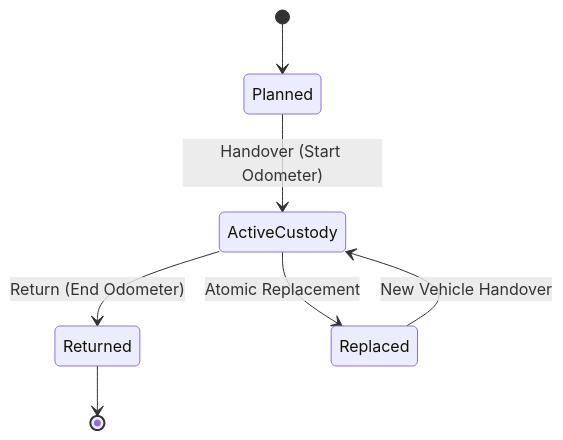
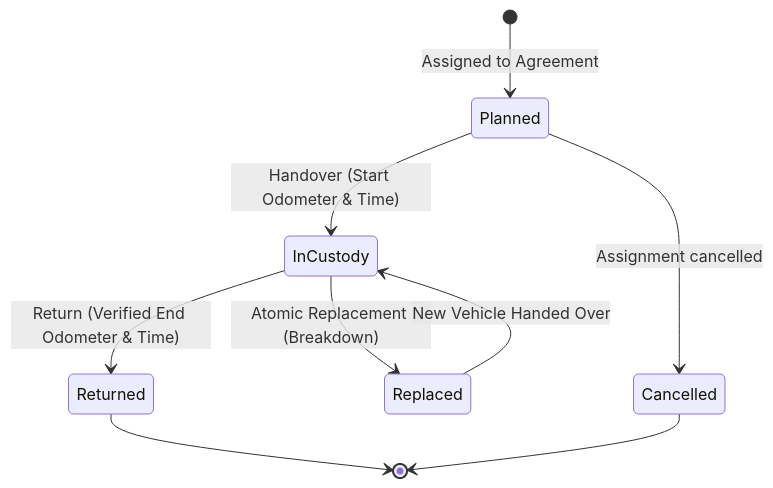
One commit to kasunvimarshana/AutoERP changed the fifth of 8 diagrams in docs/VEHICLE_RENTAL_GUIDE.md. Above: the diagram before and after it, drawn with Mermaid. The commit also changed other lines of this file and 1 other file, not shown here.

Commit message:
docs: upgrade complete technical and operational guide for vehicle rental module

````diff
--- a/docs/VEHICLE_RENTAL_GUIDE.md
+++ b/docs/VEHICLE_RENTAL_GUIDE.md
@@ -271,9 +230,11 @@
 ```mermaid
 stateDiagram-v2
-    [*] --> Planned
-    Planned --> ActiveCustody: Handover (Start Odometer)
-    ActiveCustody --> Returned: Return (End Odometer)
-    ActiveCustody --> Replaced: Atomic Replacement
-    Replaced --> ActiveCustody: New Vehicle Handover
+    [*] --> Planned: Assigned to Agreement
+    Planned --> InCustody: Handover (Start Odometer & Time)
+    InCustody --> Returned: Return (Verified End Odometer & Time)
+    InCustody --> Replaced: Atomic Replacement (Breakdown)
+    Replaced --> InCustody: New Vehicle Handed Over
     Returned --> [*]
+    Planned --> Cancelled: Assignment cancelled
+    Cancelled --> [*]
 ```
````
